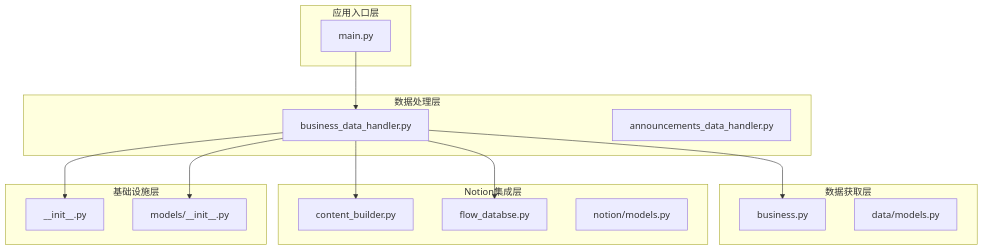
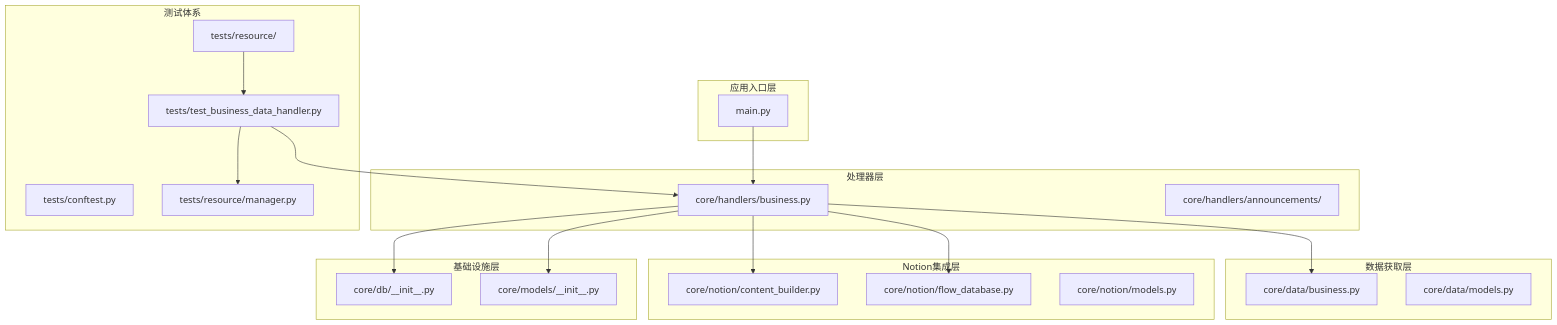
The first of 7 diagrams in .qoder/repowiki/zh/content/Business Data Handler.md (iverwong/DataLife), drawn with Mermaid before and after one commit. The commit also changed other lines of this file and 14 other files, not shown here.

````diff
--- a/.qoder/repowiki/zh/content/Business Data Handler.md
+++ b/.qoder/repowiki/zh/content/Business Data Handler.md
@@ -36,29 +51,38 @@
 ```mermaid
 graph TB
 subgraph "应用入口层"
 Main[main.py]
 end
-subgraph "数据处理层"
-BusinessHandler[business_data_handler.py]
-AnnouncementHandler[announcements_data_handler.py]
+subgraph "处理器层"
+BusinessHandler[core/handlers/business.py]
+AnnouncementHandler[core/handlers/announcements/]
 end
 subgraph "数据获取层"
-BusinessData[business.py]
-DataModels[data/models.py]
+BusinessData[core/data/business.py]
+DataModels[core/data/models.py]
 end
 subgraph "Notion集成层"
-ContentBuilder[content_builder.py]
-FlowDatabase[flow_databse.py]
-NotionModels[notion/models.py]
+ContentBuilder[core/notion/content_builder.py]
+FlowDatabase[core/notion/flow_database.py]
+NotionModels[core/notion/models.py]
 end
 subgraph "基础设施层"
-Database[__init__.py]
-Models[models/__init__.py]
+Database[core/db/__init__.py]
+Models[core/models/__init__.py]
+end
+subgraph "测试体系"
+TestSuite[tests/test_business_data_handler.py]
+TestConfig[tests/conftest.py]
+ResourceManager[tests/resource/manager.py]
+TestResources[tests/resource/]
 end
 Main --> BusinessHandler
 BusinessHandler --> BusinessData
 BusinessHandler --> ContentBuilder
 BusinessHandler --> FlowDatabase
 BusinessHandler --> Database
 BusinessHandler --> Models
+TestSuite --> BusinessHandler
+TestSuite --> ResourceManager
+TestResources --> TestSuite
 ```
````
